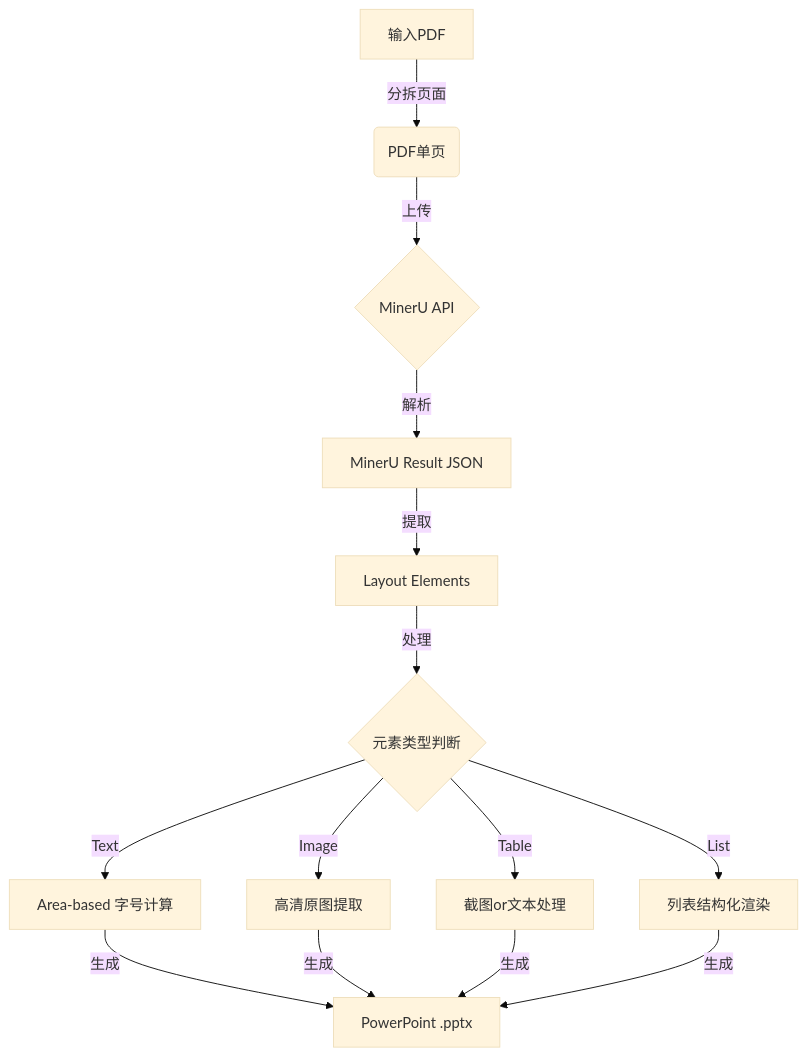
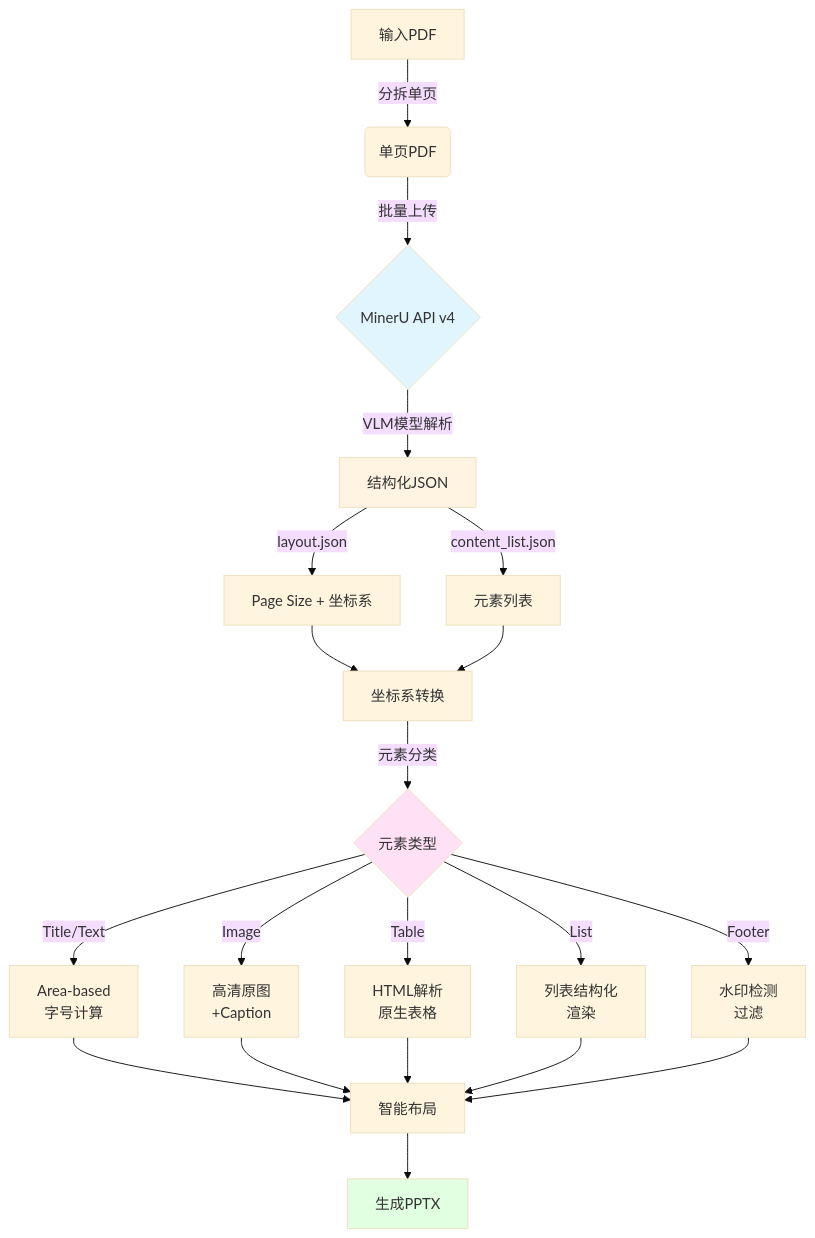
One commit to muhammadfaisalshareef/pdf2ppt changed the diagram in README.md. Above: the diagram before and after it, drawn with Mermaid (base theme). The commit also changed other lines of this file and 9 other files, not shown here.

````diff
--- a/README.md
+++ b/README.md
@@ -19,16 +41,33 @@
 ```mermaid
 graph TD
-    A[输入PDF] -->|分拆页面| B(PDF单页)
-    B -->|上传| C{MinerU API}
-    C -->|解析| D[MinerU Result JSON]
-    D -->|提取| E[Layout Elements]
-    E -->|处理| F{元素类型判断}
-    F -->|Text| G[Area-based 字号计算]
-    F -->|Image| H[高清原图提取]
-    F -->|Table| I[截图or文本处理]
-    F -->|List| J[列表结构化渲染]
-    G -->|生成| K[PowerPoint]
-    H -->|生成| K
-    I -->|生成| K
-    J -->|生成| K[PowerPoint .pptx]
+    A[输入PDF] -->|分拆单页| B(单页PDF)
+    B -->|批量上传| C{MinerU API v4}
+    C -->|VLM模型解析| D[结构化JSON]
+  
+    D -->|layout.json| E1[Page Size + 坐标系]
+    D -->|content_list.json| E2[元素列表]
+  
+    E1 --> F[坐标系转换]
+    E2 --> F
+  
+    F -->|元素分类| G{元素类型}
+  
+    G -->|Title/Text| H1[Area-based<br/>字号计算]
+    G -->|Image| H2[高清原图<br/>+Caption]
+    G -->|Table| H3[HTML解析<br/>原生表格]
+    G -->|List| H4[列表结构化<br/>渲染]
+    G -->|Footer| H5[水印检测<br/>过滤]
+  
+    H1 --> I[智能布局]
+    H2 --> I
+    H3 --> I
+    H4 --> I
+    H5 --> I
+  
+    I --> J[生成PPTX]
+  
+    style C fill:#e1f5ff
+    style D fill:#fff4e1
+    style G fill:#ffe1f5
+    style J fill:#e1ffe1
 ```
````
